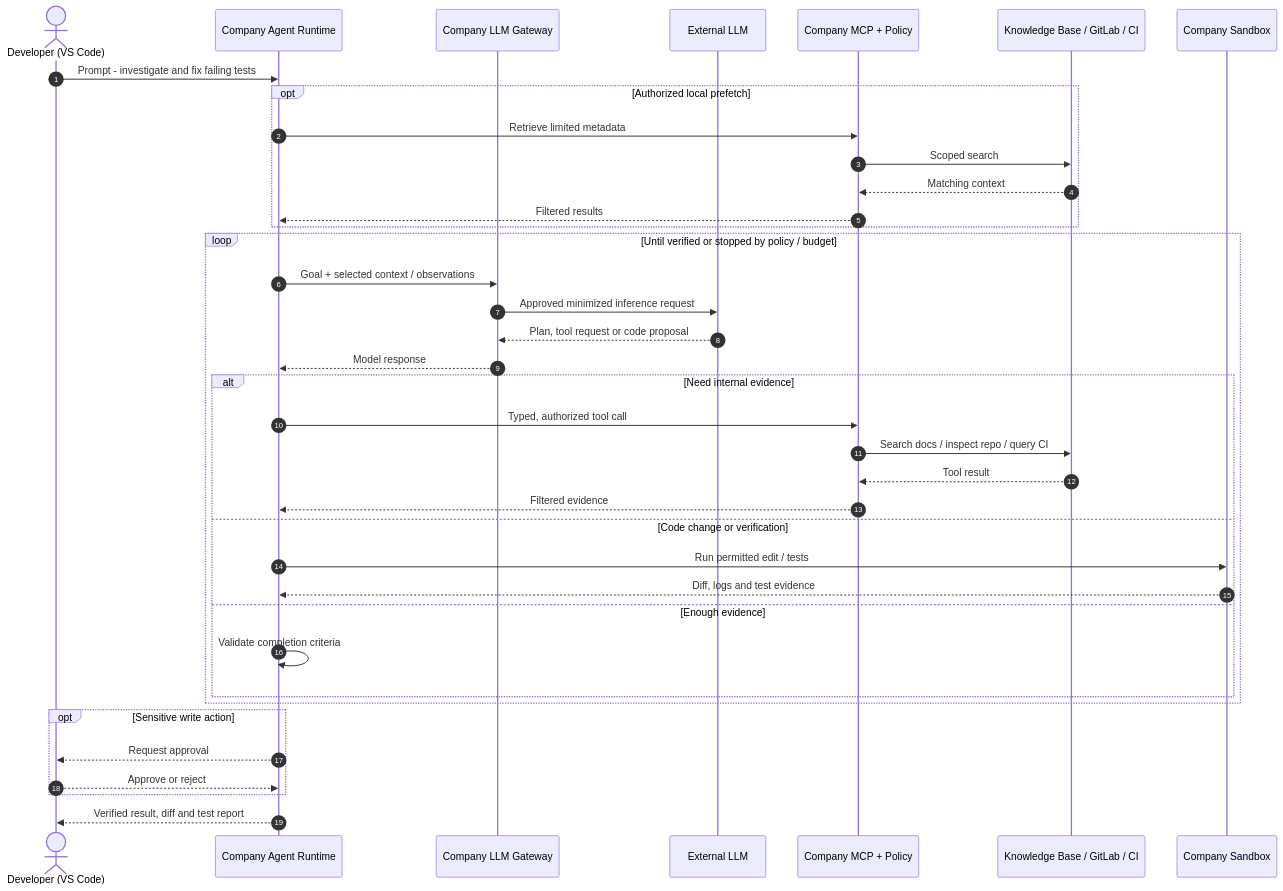
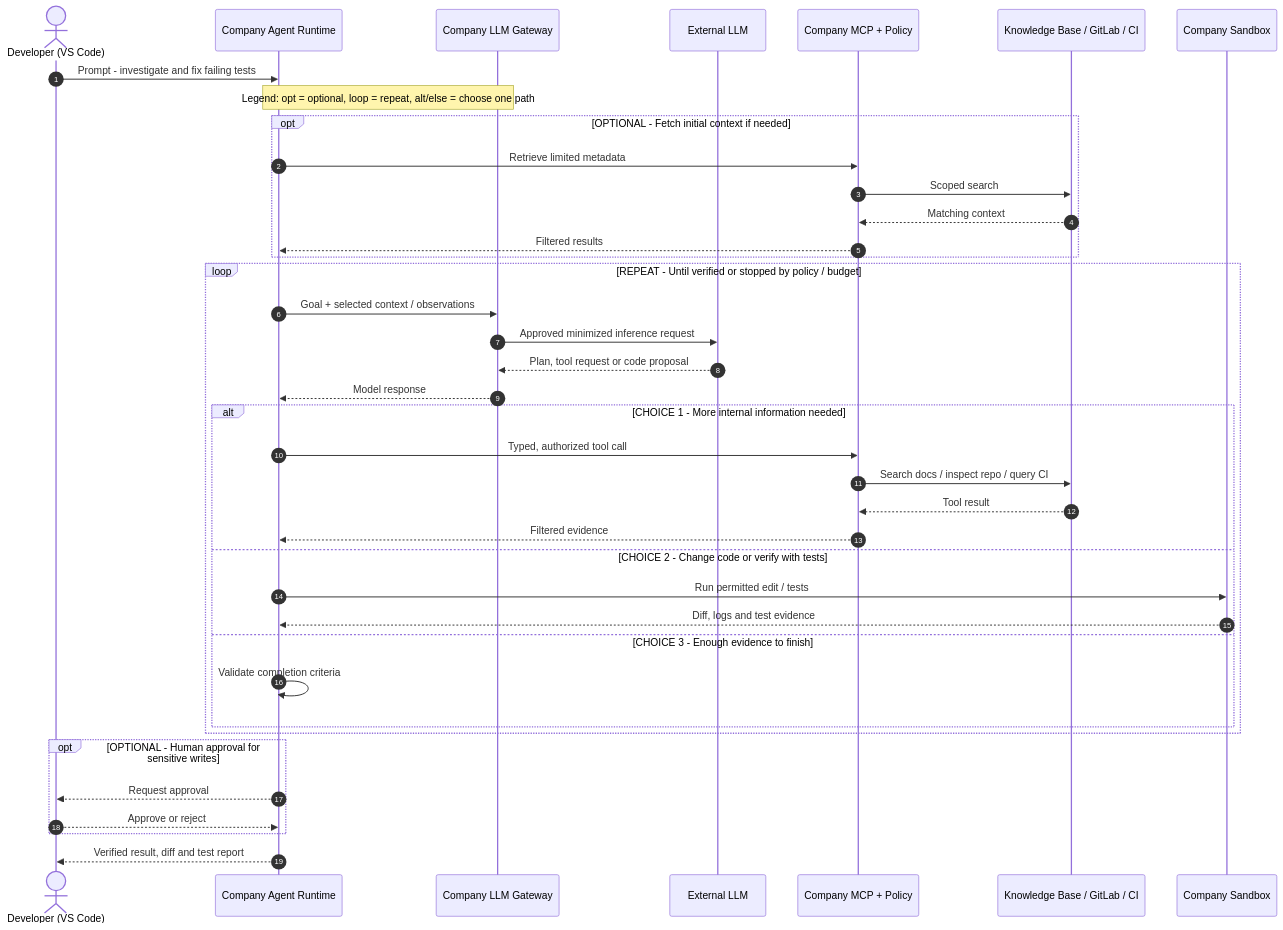
The first of 2 diagrams in README.md (ghinta/coding-agent), drawn with Mermaid before and after one commit. The commit also changed 1 other file, not shown here.

Commit message:
Explain optional, loop and alternative branches in Mermaid workflow

````diff
--- a/README.md
+++ b/README.md
@@ -11,41 +11,42 @@
 ```mermaid
 sequenceDiagram
     autonumber
     actor Dev as Developer (VS Code)
     participant RT as Company Agent Runtime
     participant GW as Company LLM Gateway
     participant LLM as External LLM
     participant MCP as Company MCP + Policy
     participant SYS as Knowledge Base / GitLab / CI
     participant SB as Company Sandbox
 
     Dev->>RT: Prompt - investigate and fix failing tests
-    opt Authorized local prefetch
+    Note over RT,GW: Legend: opt = optional, loop = repeat, alt/else = choose one path
+    opt OPTIONAL - Fetch initial context if needed
         RT->>MCP: Retrieve limited metadata
         MCP->>SYS: Scoped search
         SYS-->>MCP: Matching context
         MCP-->>RT: Filtered results
     end
-    loop Until verified or stopped by policy / budget
+    loop REPEAT - Until verified or stopped by policy / budget
         RT->>GW: Goal + selected context / observations
         GW->>LLM: Approved minimized inference request
         LLM-->>GW: Plan, tool request or code proposal
         GW-->>RT: Model response
-        alt Need internal evidence
+        alt CHOICE 1 - More internal information needed
             RT->>MCP: Typed, authorized tool call
             MCP->>SYS: Search docs / inspect repo / query CI
             SYS-->>MCP: Tool result
             MCP-->>RT: Filtered evidence
-        else Code change or verification
+        else CHOICE 2 - Change code or verify with tests
             RT->>SB: Run permitted edit / tests
             SB-->>RT: Diff, logs and test evidence
-        else Enough evidence
+        else CHOICE 3 - Enough evidence to finish
             RT->>RT: Validate completion criteria
         end
     end
-    opt Sensitive write action
+    opt OPTIONAL - Human approval for sensitive writes
         RT-->>Dev: Request approval
         Dev-->>RT: Approve or reject
     end
     RT-->>Dev: Verified result, diff and test report
 ```
````
